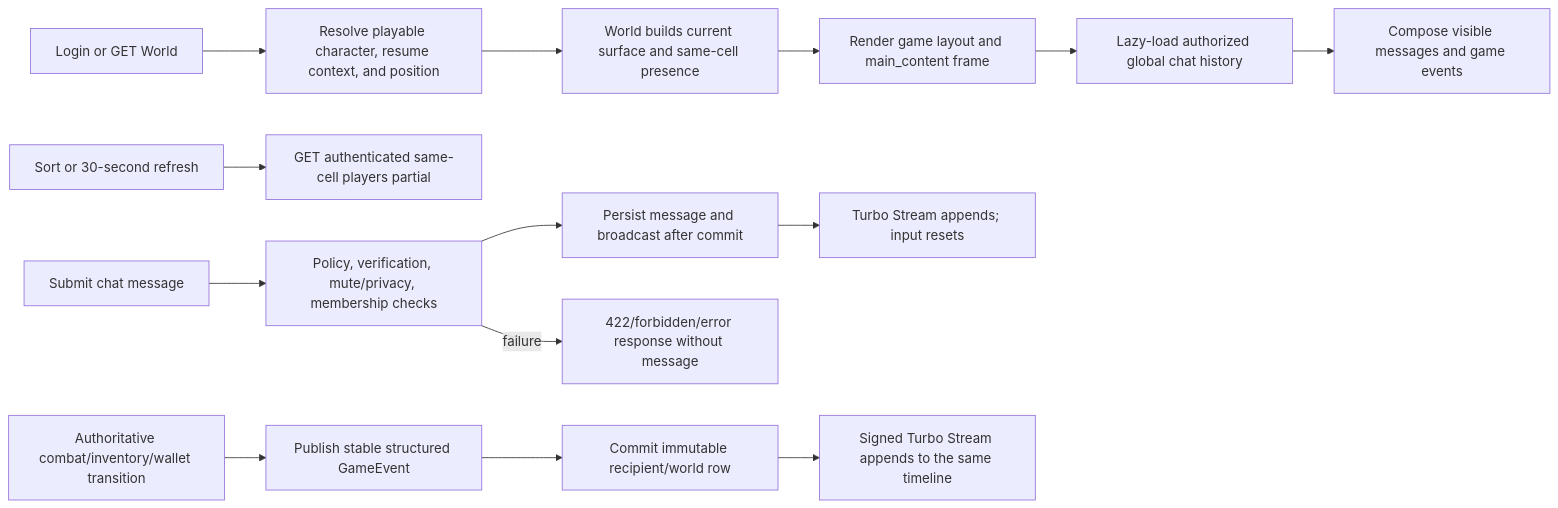
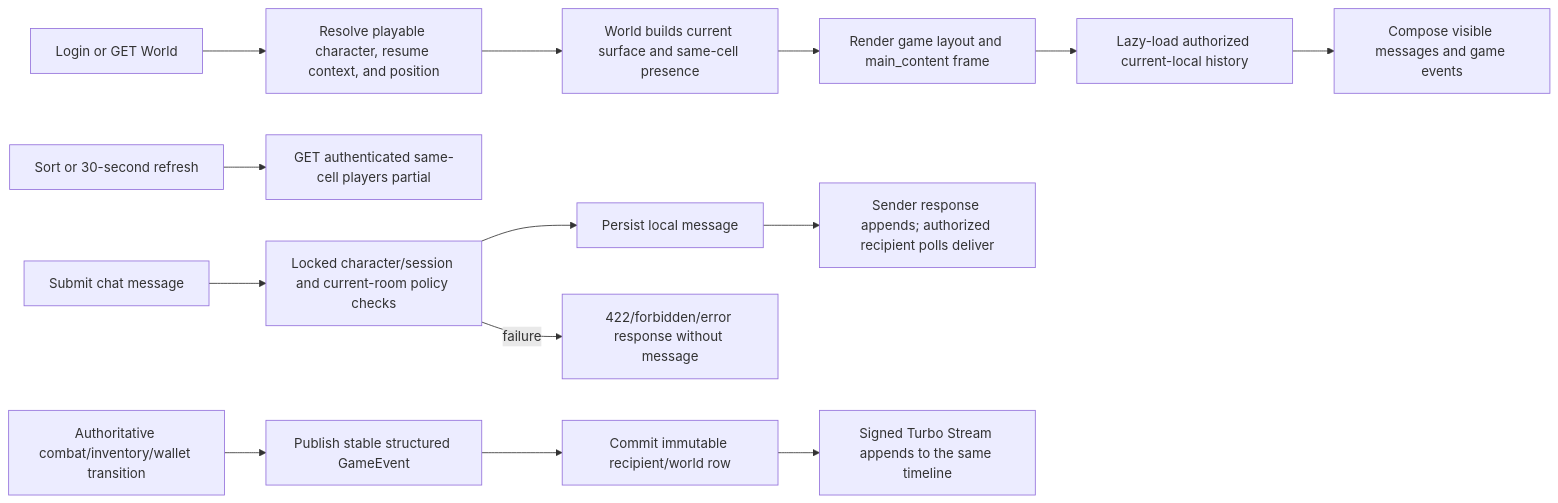
The diagram in doc/features/game_shell.md (lukin-io/mmorpg), drawn with Mermaid before and after one commit. The commit also changed other lines of this file and 314 other files, not shown here.

````diff
--- a/doc/features/game_shell.md
+++ b/doc/features/game_shell.md
@@ -325,16 +485,16 @@
 ```mermaid
 flowchart LR
     A["Login or GET World"] --> B["Resolve playable character, resume context, and position"]
     B --> C["World builds current surface and same-cell presence"]
     C --> D["Render game layout and main_content frame"]
-    D --> E["Lazy-load authorized global chat history"]
+    D --> E["Lazy-load authorized current-local history"]
     E --> M["Compose visible messages and game events"]
     F["Sort or 30-second refresh"] --> G["GET authenticated same-cell players partial"]
-    H["Submit chat message"] --> I["Policy, verification, mute/privacy, membership checks"]
-    I --> J["Persist message and broadcast after commit"]
-    J --> K["Turbo Stream appends; input resets"]
+    H["Submit chat message"] --> I["Locked character/session and current-room policy checks"]
+    I --> J["Persist local message"]
+    J --> K["Sender response appends; authorized recipient polls deliver"]
     I -->|failure| L["422/forbidden/error response without message"]
     N["Authoritative combat/inventory/wallet transition"] --> O["Publish stable structured GameEvent"]
     O --> P["Commit immutable recipient/world row"]
     P --> Q["Signed Turbo Stream appends to the same timeline"]
 ```
````
